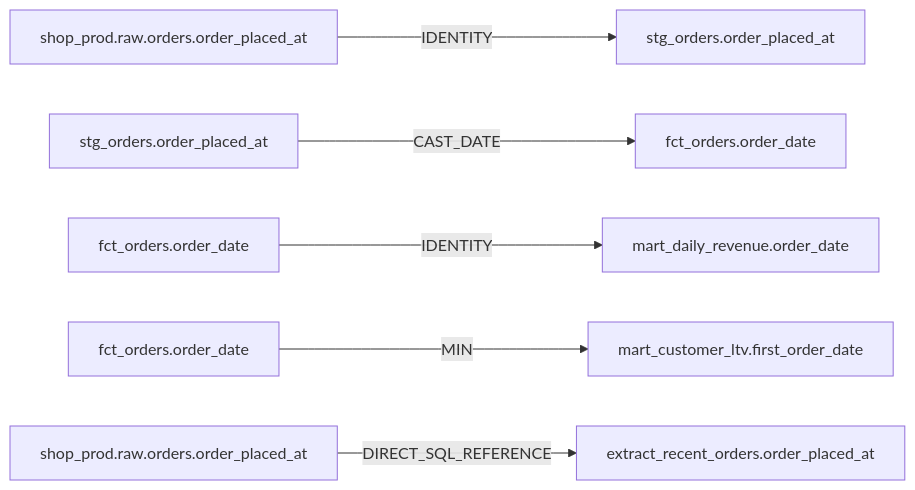
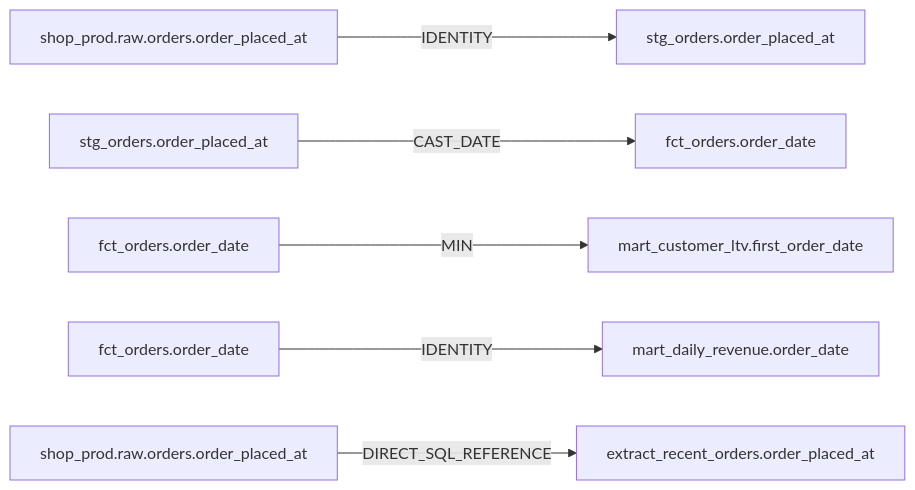
The diagram in examples/rename_order_placed_at/02_lineage_evidence.md (yadneshSalvi/datahub-repair-agent), drawn with Mermaid before and after one commit. The commit also changed 26 other files, not shown here.

````diff
--- a/examples/rename_order_placed_at/02_lineage_evidence.md
+++ b/examples/rename_order_placed_at/02_lineage_evidence.md
@@ -3,8 +3,8 @@
 ```mermaid
 graph LR
     n0a["shop_prod.raw.orders.order_placed_at"] -->|"IDENTITY"| n0b["stg_orders.order_placed_at"]
     n1a["stg_orders.order_placed_at"] -->|"CAST_DATE"| n1b["fct_orders.order_date"]
-    n2a["fct_orders.order_date"] -->|"IDENTITY"| n2b["mart_daily_revenue.order_date"]
-    n3a["fct_orders.order_date"] -->|"MIN"| n3b["mart_customer_ltv.first_order_date"]
+    n2a["fct_orders.order_date"] -->|"MIN"| n2b["mart_customer_ltv.first_order_date"]
+    n3a["fct_orders.order_date"] -->|"IDENTITY"| n3b["mart_daily_revenue.order_date"]
     n4a["shop_prod.raw.orders.order_placed_at"] -->|"DIRECT_SQL_REFERENCE"| n4b["extract_recent_orders.order_placed_at"]
 ```
````
